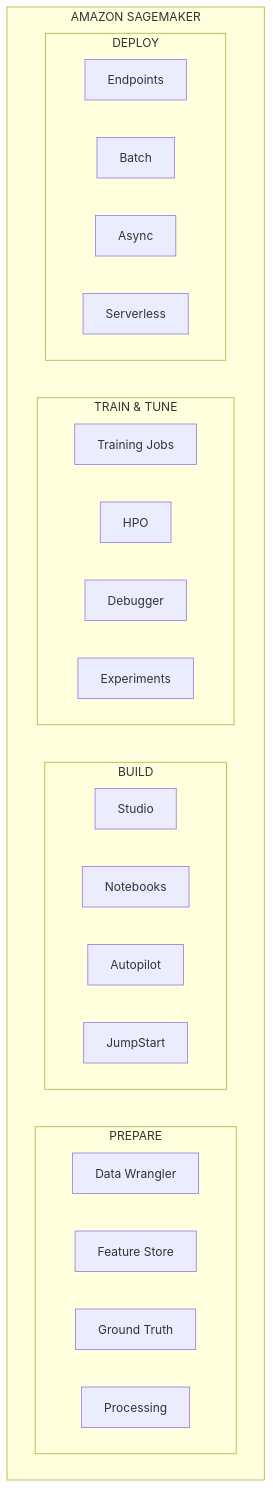
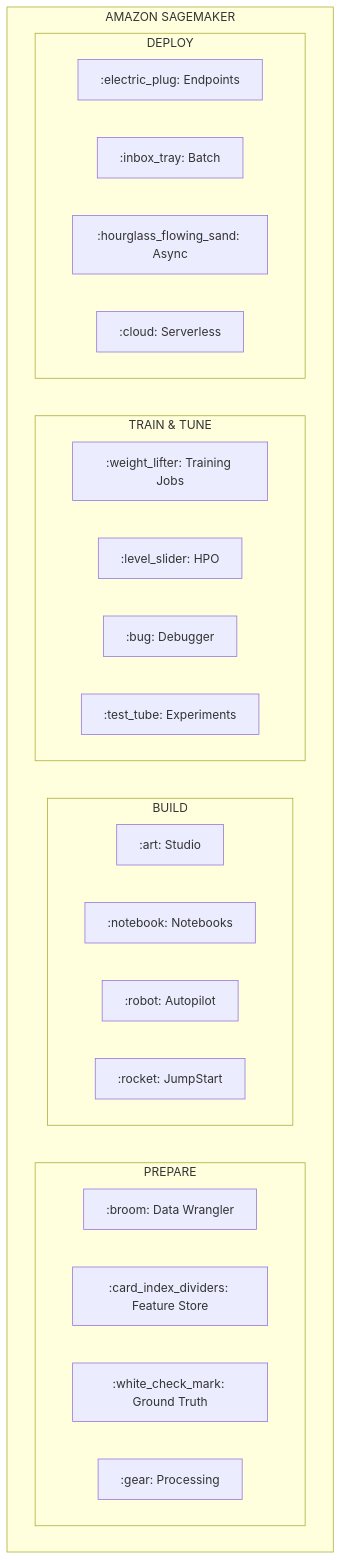
The first of 5 diagrams in aws-ml-associate-prep/01-sagemaker-basics/README.md (vinu76jsr/aws-sample-projects), drawn with Mermaid before and after one commit. The commit also changed other lines of this file, not shown here.

Commit message:
docs(ml-labs): Update all diagrams with emoji shortcodes for github compatibility

````diff
--- a/aws-ml-associate-prep/01-sagemaker-basics/README.md
+++ b/aws-ml-associate-prep/01-sagemaker-basics/README.md
@@ -12,33 +12,33 @@
 ```mermaid
 graph TD
     subgraph AMAZON SAGEMAKER
         subgraph PREPARE
             direction LR
-            A["Data Wrangler"]
-            B["Feature Store"]
-            C["Ground Truth"]
-            D["Processing"]
+            A[":broom: Data Wrangler"]
+            B[":card_index_dividers: Feature Store"]
+            C[":white_check_mark: Ground Truth"]
+            D[":gear: Processing"]
         end
         subgraph BUILD
             direction LR
-            E["Studio"]
-            F["Notebooks"]
-            G["Autopilot"]
-            H["JumpStart"]
+            E[":art: Studio"]
+            F[":notebook: Notebooks"]
+            G[":robot: Autopilot"]
+            H[":rocket: JumpStart"]
         end
         subgraph "TRAIN & TUNE"
             direction LR
-            I["Training Jobs"]
-            J["HPO"]
-            K["Debugger"]
-            L["Experiments"]
+            I[":weight_lifter: Training Jobs"]
+            J[":level_slider: HPO"]
+            K[":bug: Debugger"]
+            L[":test_tube: Experiments"]
         end
         subgraph DEPLOY
             direction LR
-            M["Endpoints"]
-            N["Batch"]
-            O["Async"]
-            P["Serverless"]
+            M[":electric_plug: Endpoints"]
+            N[":inbox_tray: Batch"]
+            O[":hourglass_flowing_sand: Async"]
+            P[":cloud: Serverless"]
         end
     end
 ```
````
